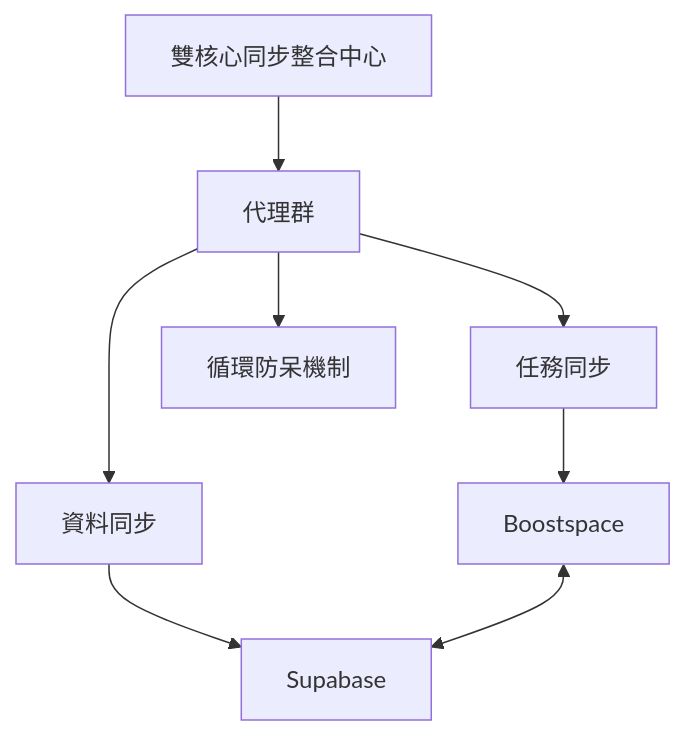
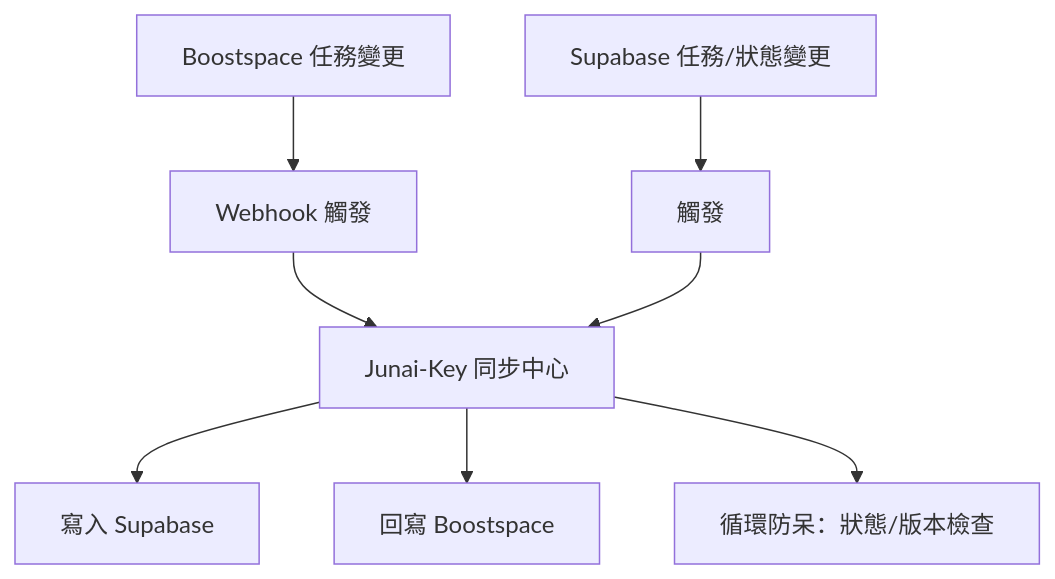
Before and after one commit to DingJun1028/Jun.Ai.Key: diagram 16 of 16 in README.md, drawn with Mermaid. The commit also changed other lines of this file, not shown here.

````diff
--- a/README.md
+++ b/README.md
@@ -751,10 +808,10 @@
 ```mermaid
-flowchart TD
-    A[雙核心同步整合中心] --> B[代理群]
-    B --> C[任務同步]
-    B --> D[資料同步]
-    C --> E[Boostspace]
-    D --> F[Supabase]
-    E <--> F
-    B --> G[循環防呆機制]
+graph TD
+    A[Boostspace 任務變更] --> B[Webhook 觸發]
+    B --> C[Junai-Key 同步中心]
+    C --> D[寫入 Supabase]
+    E[Supabase 任務/狀態變更] --> F[觸發]
+    F --> C
+    C --> G[回寫 Boostspace]
+    C --> H[循環防呆：狀態/版本檢查]
 ```
````
